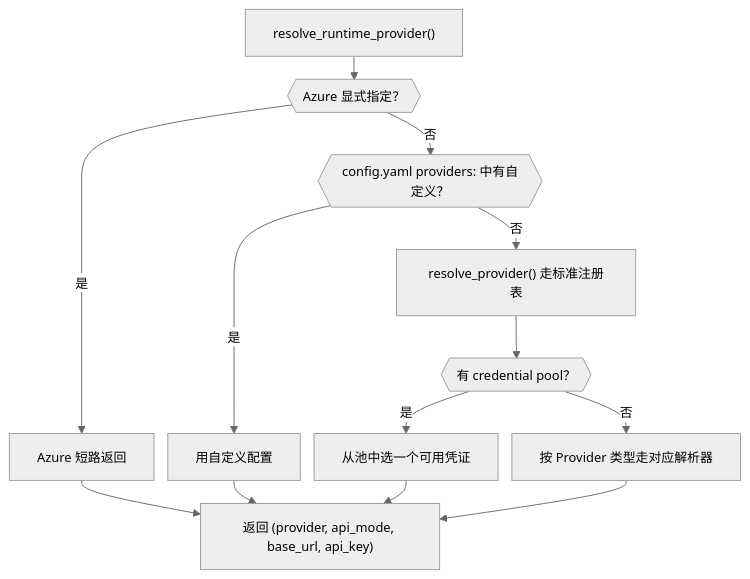
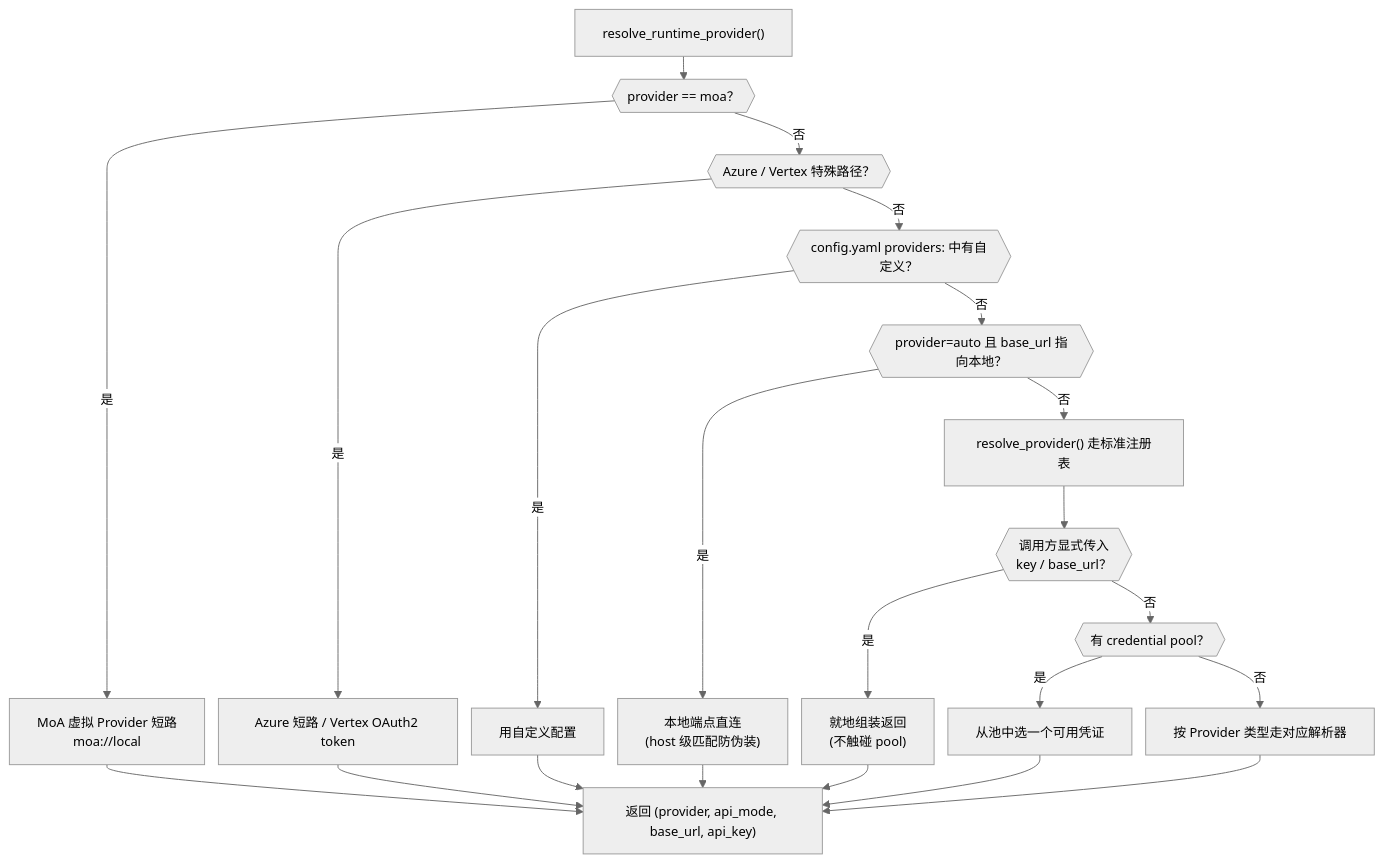
The second of 4 diagrams in docs/zh/01-基础设施层.md (fang-lin/hermes-agent-code-analysis), drawn with Mermaid before and after one commit. The commit also changed other lines of this file and 5 other files, not shown here.

````diff
--- a/docs/zh/01-基础设施层.md
+++ b/docs/zh/01-基础设施层.md
@@ -165,22 +198,34 @@
 ```mermaid
 %%{init: {"theme": "neutral", "themeVariables": {"fontSize": "14px"}, "flowchart": {"nodeSpacing": 15, "rankSpacing": 25}}}%%
 flowchart TD
     A["resolve_runtime_provider#40;#41;"]
-    B{{"Azure 显式指定？"}}
-    C["Azure 短路返回"]
+    M{{"provider == moa？"}}
+    MC["MoA 虚拟 Provider 短路<br/>moa://local"]
+    B{{"Azure / Vertex 特殊路径？"}}
+    C["Azure 短路 / Vertex OAuth2 token"]
     D{{"config.yaml providers: 中有自定义？"}}
     E["用自定义配置"]
+    L{{"provider=auto 且 base_url 指向本地？"}}
+    LB["本地端点直连<br/>#40;host 级匹配防伪装#41;"]
     F["resolve_provider#40;#41; 走标准注册表"]
     G{{"有 credential pool？"}}
     H["从池中选一个可用凭证"]
     I["按 Provider 类型走对应解析器"]
     J["返回 #40;provider, api_mode, base_url, api_key#41;"]
 
-    A --> B
+    A --> M
+    M -->|是| MC --> J
+    M -->|否| B
     B -->|是| C --> J
     B -->|否| D
     D -->|是| E --> J
-    D -->|否| F --> G
+    D -->|否| L
+    X{{"调用方显式传入<br/>key / base_url？"}}
+    XR["就地组装返回<br/>#40;不触碰 pool#41;"]
+    L -->|是| LB --> J
+    L -->|否| F --> X
+    X -->|是| XR --> J
+    X -->|否| G
     G -->|是| H --> J
     G -->|否| I --> J
 ```
````
